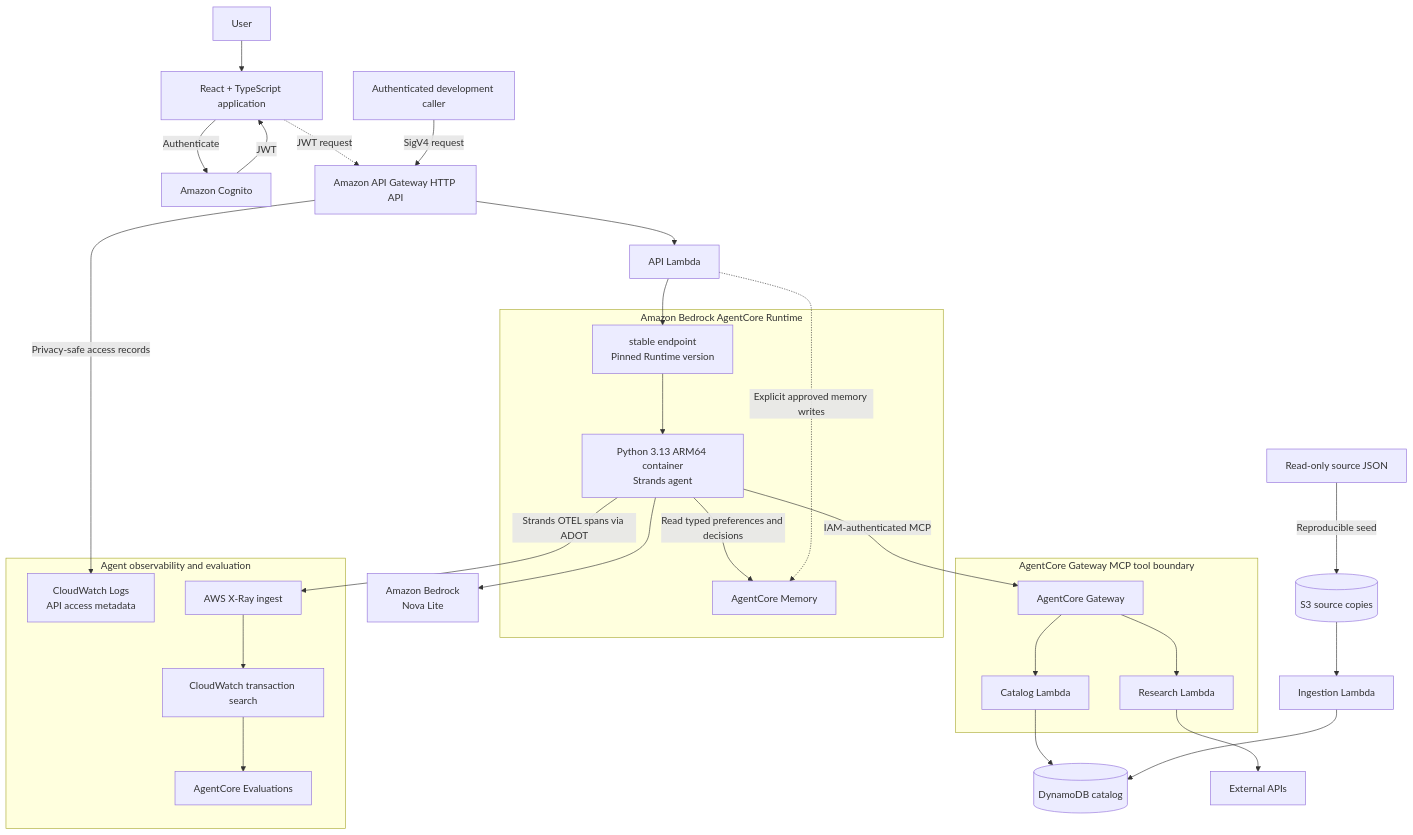
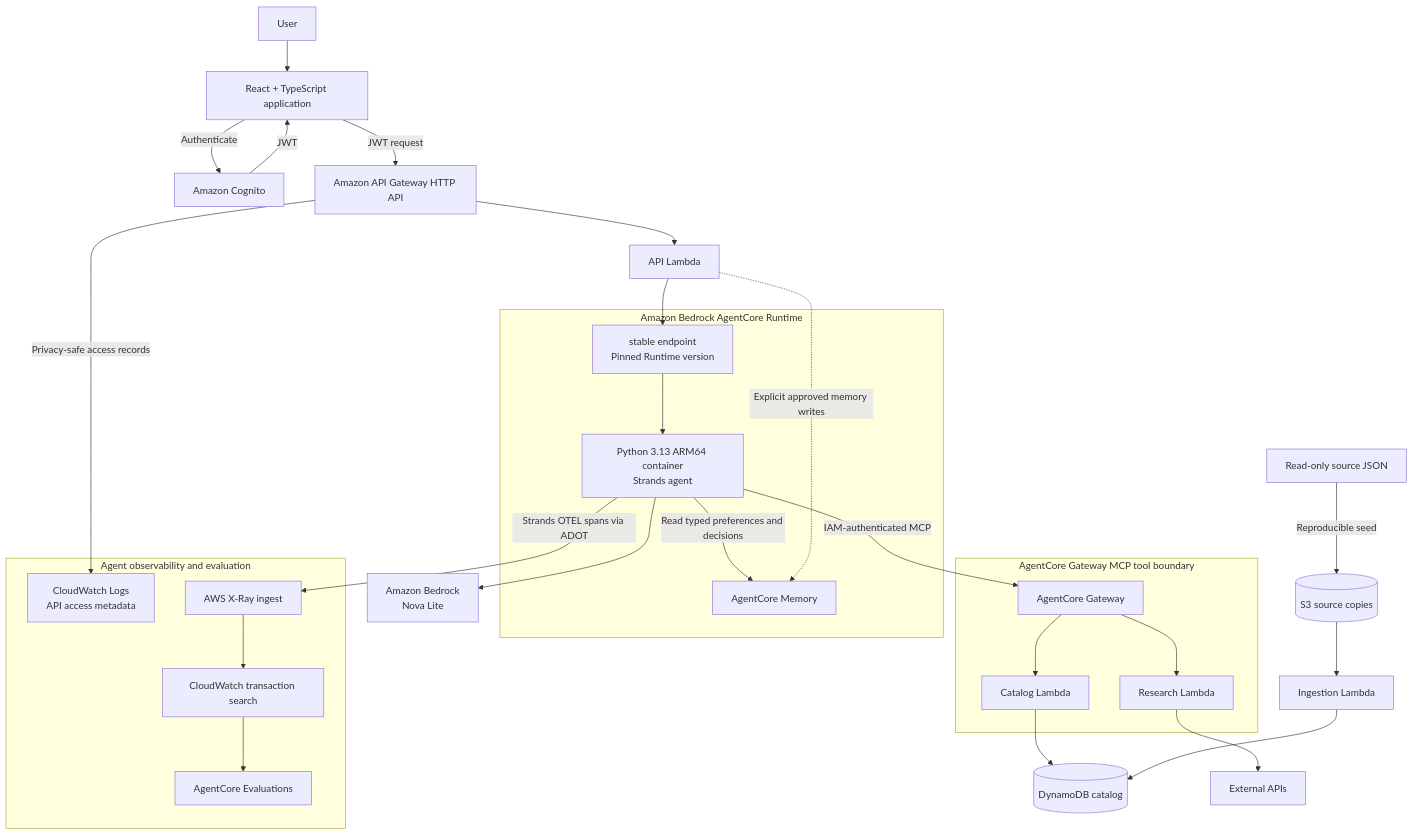
Before and after one commit to barrettotte/praxis: the diagram in README.md, drawn with Mermaid. The commit also changed other lines of this file and 16 other files, not shown here.

````diff
--- a/README.md
+++ b/README.md
@@ -9,48 +9,47 @@
 ```mermaid
 flowchart TD
     user[User] --> ui[React + TypeScript application]
     ui -->|Authenticate| cognito[Amazon Cognito]
     cognito -->|JWT| ui
-    ui -.->|JWT request| apiGateway[Amazon API Gateway HTTP API]
-    developer[Authenticated development caller] -->|SigV4 request| apiGateway
+    ui -->|JWT request| apiGateway[Amazon API Gateway HTTP API]
     apiGateway --> apiLambda[API Lambda]
 
     subgraph runtime[Amazon Bedrock AgentCore Runtime]
         runtimeEndpoint[stable endpoint<br/>Pinned Runtime version]
         agent[Python 3.13 ARM64 container<br/>Strands agent]
         memory[AgentCore Memory]
         runtimeEndpoint --> agent
         agent -->|Read typed preferences and decisions| memory
     end
 
     apiLambda --> runtimeEndpoint
     apiLambda -.->|Explicit approved memory writes| memory
     agent --> bedrock[Amazon Bedrock<br/>Nova Lite]
 
     subgraph observability[Agent observability and evaluation]
         apiAccessLogs[CloudWatch Logs<br/>API access metadata]
         xray[AWS X-Ray ingest]
         cloudwatch[CloudWatch transaction search]
         evaluations[AgentCore Evaluations]
         xray --> cloudwatch --> evaluations
     end
 
     apiGateway -->|Privacy-safe access records| apiAccessLogs
     agent -->|Strands OTEL spans via ADOT| xray
 
     subgraph tools[AgentCore Gateway MCP tool boundary]
         gateway[AgentCore Gateway]
         catalogLambda[Catalog Lambda]
         researchLambda[Research Lambda]
         gateway --> catalogLambda
         gateway --> researchLambda
     end
 
     agent -->|IAM-authenticated MCP| gateway
     catalogLambda --> catalog[(DynamoDB catalog)]
     researchLambda --> external[External APIs]
 
     sources[Read-only source JSON] -->|Reproducible seed| sourceBucket[(S3 source copies)]
     sourceBucket --> ingestion[Ingestion Lambda]
     ingestion --> catalog
 ```
````
